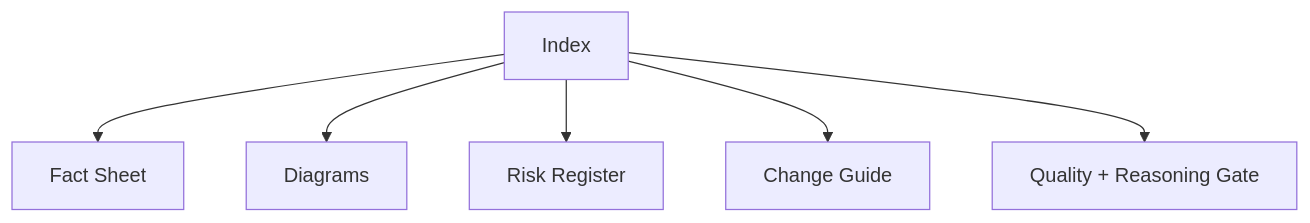
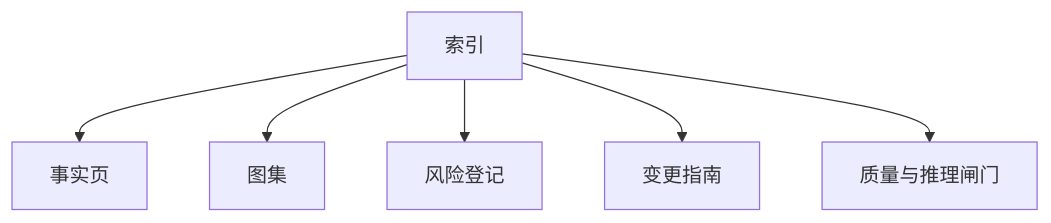
The diagram in templates/11-output-index-template.md (WangXianan456/repo-global-map), drawn with Mermaid before and after one commit. The commit also changed other lines of this file and 16 other files, not shown here.

````diff
--- a/templates/11-output-index-template.md
+++ b/templates/11-output-index-template.md
@@ -40,8 +40,8 @@
 ```mermaid
 flowchart TD
-I[Index] --> F[Fact Sheet]
-I --> D[Diagrams]
-I --> R[Risk Register]
-I --> C[Change Guide]
-I --> Q[Quality + Reasoning Gate]
+I[索引] --> F[事实页]
+I --> D[图集]
+I --> R[风险登记]
+I --> C[变更指南]
+I --> Q[质量与推理闸门]
 ```
````
